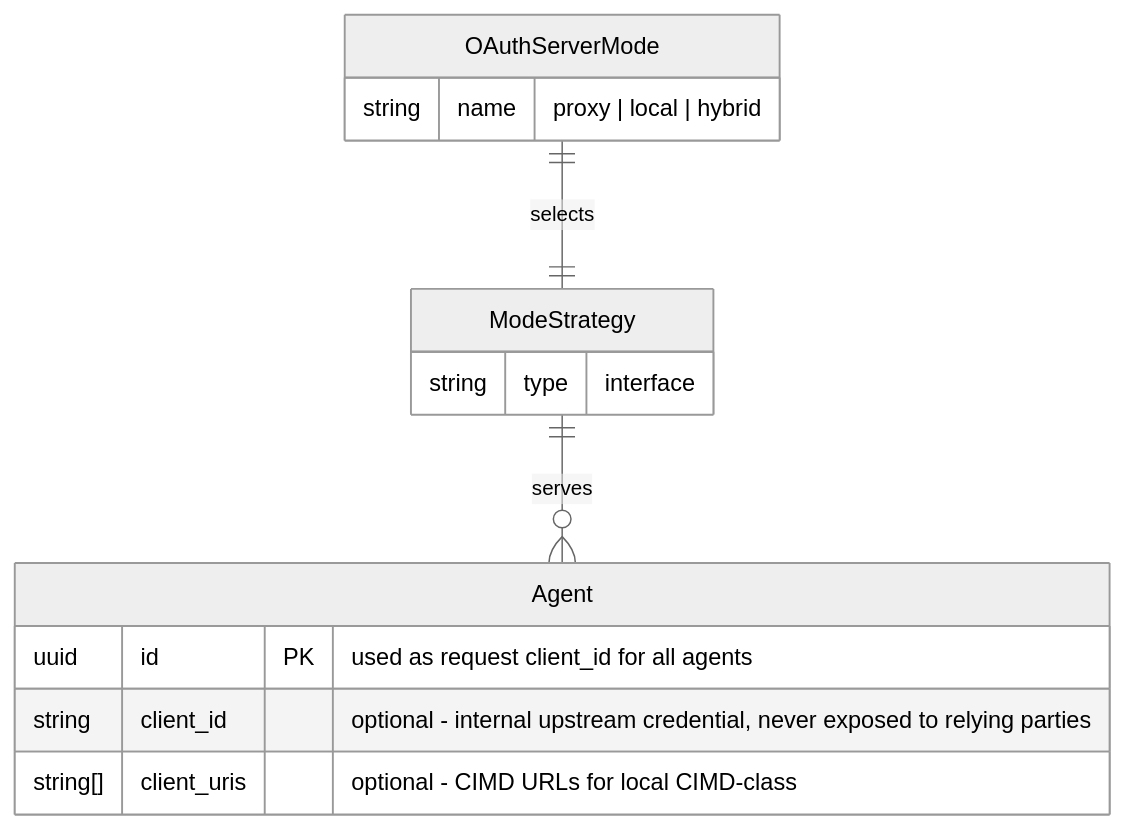
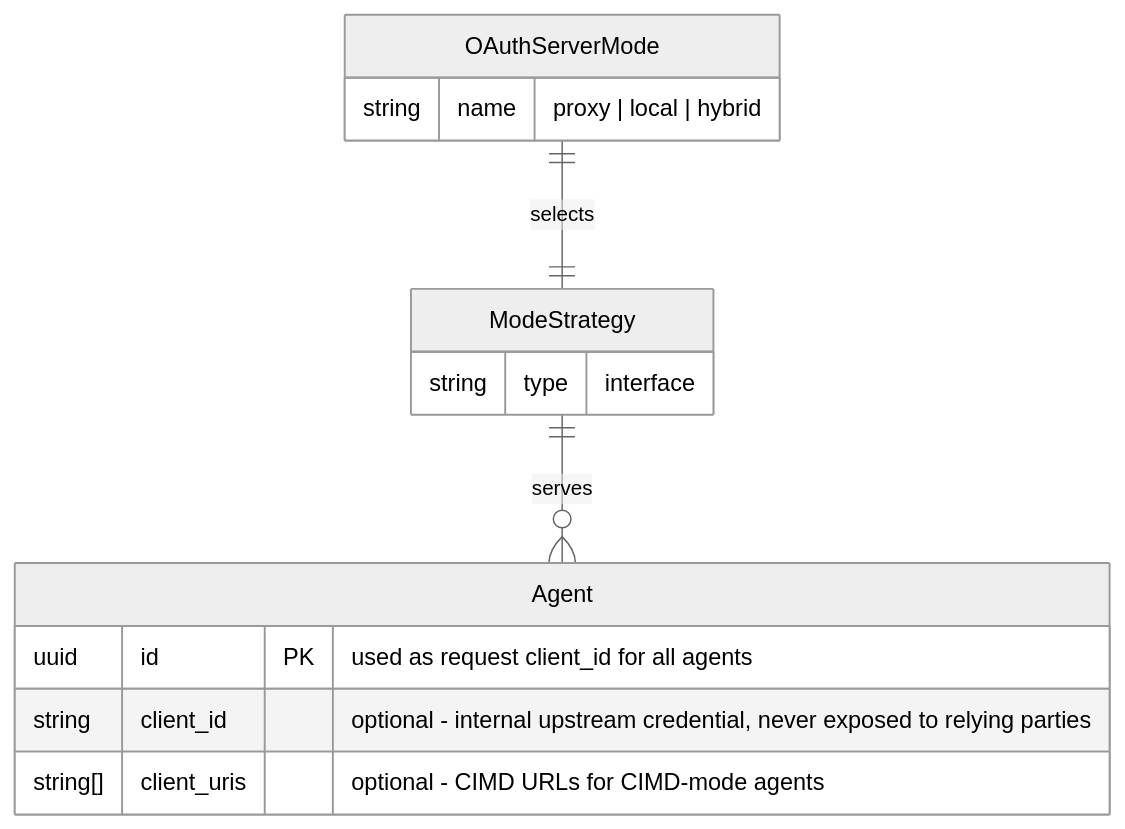
The first of 2 diagrams in specs/030-hybrid-oauth-modes/spec.md (axsaucedo/agentic-identity-broker), drawn with Mermaid (neutral theme) before and after one commit. The commit also changed other lines of this file and 7 other files, not shown here.

Commit message:
spec(hybrid): update agent classification terminology to use ClientMode types and clarify mode behaviors

````diff
--- a/specs/030-hybrid-oauth-modes/spec.md
+++ b/specs/030-hybrid-oauth-modes/spec.md
@@ -149,16 +149,16 @@
 ```mermaid
 erDiagram
     OAuthServerMode {
         string name "proxy | local | hybrid"
     }
     Agent {
         uuid id PK "used as request client_id for all agents"
         string client_id "optional - internal upstream credential, never exposed to relying parties"
-        string[] client_uris "optional - CIMD URLs for local CIMD-class"
+        string[] client_uris "optional - CIMD URLs for CIMD-mode agents"
     }
     ModeStrategy {
         string type "interface"
     }
     OAuthServerMode ||--|| ModeStrategy : "selects"
     ModeStrategy ||--o{ Agent : "serves"
 ```
````
